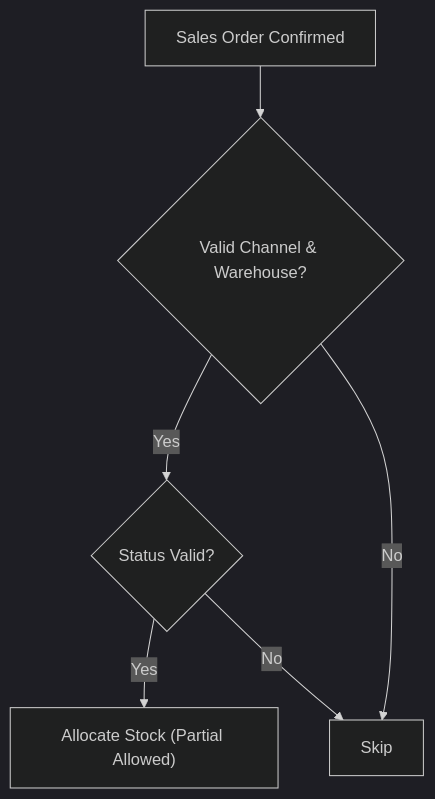
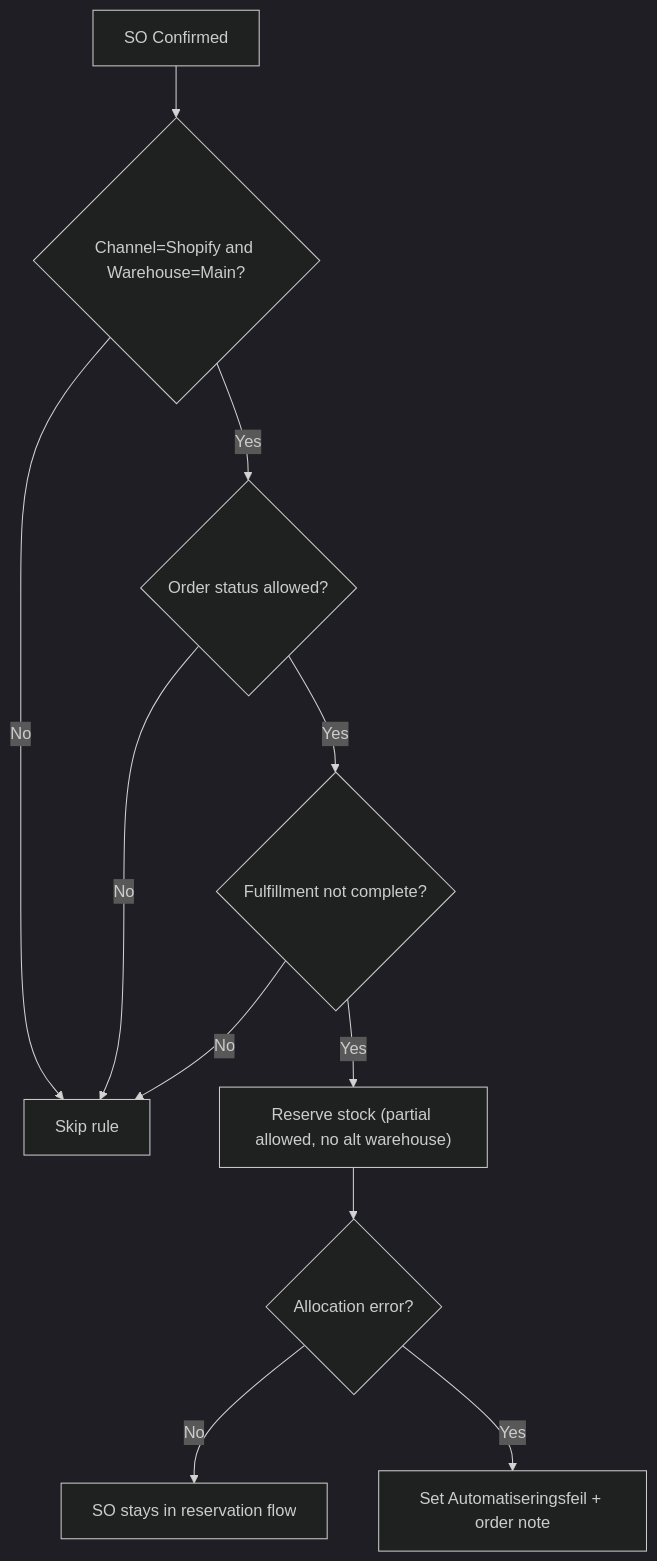
Before and after one commit to ozan-droid/documents: the third of 15 diagrams in bp-automations.md, drawn with Mermaid (dark theme). The commit also changed other lines of this file, not shown here.

````diff
--- a/bp-automations.md
+++ b/bp-automations.md
@@ -60,8 +71,13 @@
 ```mermaid
 graph TD
-    A["Sales Order Confirmed"] --> B{"Valid Channel & Warehouse?"}
-    B -- Yes --> C{"Status Valid?"}
-    C -- Yes --> D["Allocate Stock (Partial Allowed)"]
-    B -- No --> E["Skip"]
-    C -- No --> E
+    A["SO Confirmed"] --> B{"Channel=Shopify and Warehouse=Main?"}
+    B -- No --> X["Skip rule"]
+    B -- Yes --> C{"Order status allowed?"}
+    C -- No --> X
+    C -- Yes --> D{"Fulfillment not complete?"}
+    D -- No --> X
+    D -- Yes --> E["Reserve stock (partial allowed, no alt warehouse)"]
+    E --> F{"Allocation error?"}
+    F -- No --> G["SO stays in reservation flow"]
+    F -- Yes --> H["Set Automatiseringsfeil + order note"]
 ```
````
